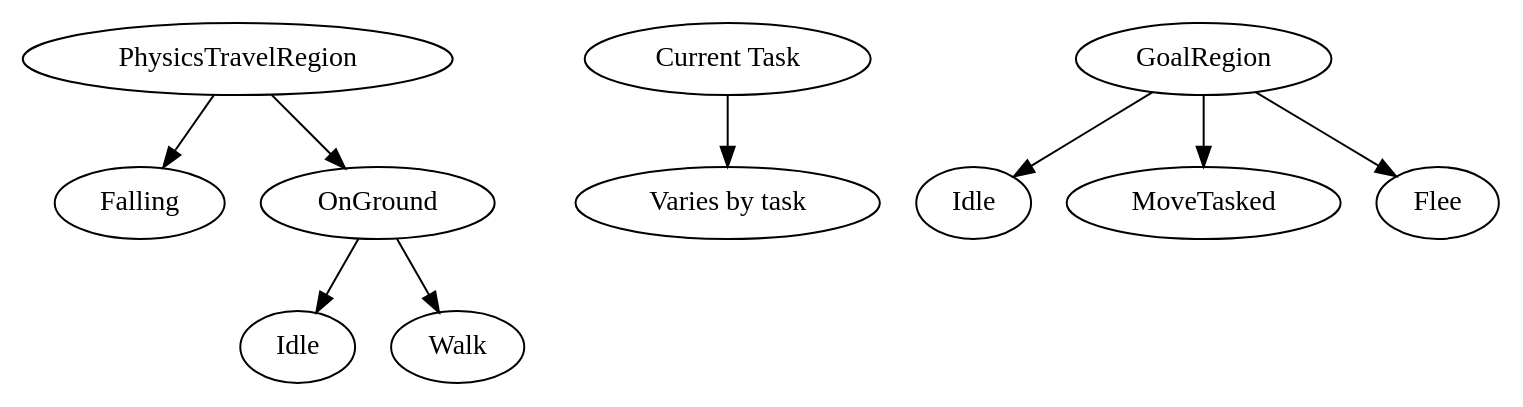
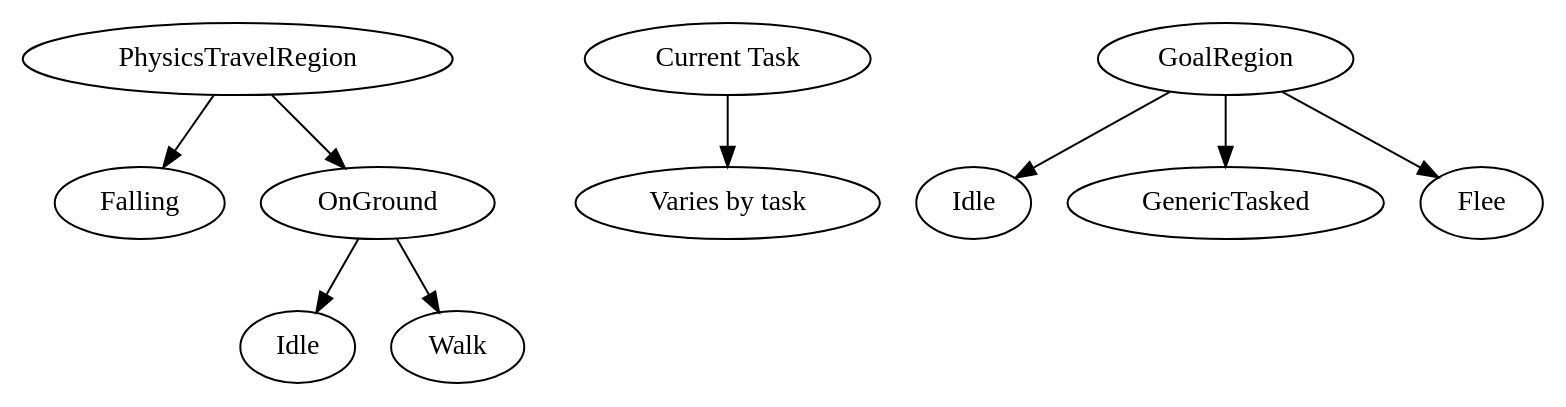
One commit to CluckeyMcCormick/fictional-guacamole changed the diagram in scripts/GraphViz/TCM.hierarchy.dot. Above: the diagram before and after it, drawn with Graphviz. The commit also changed 16 other files, not shown here.

```diff
--- a/scripts/GraphViz/TCM.hierarchy.dot
+++ b/scripts/GraphViz/TCM.hierarchy.dot
@@ -1,20 +1,20 @@
 // TCM - the Tasking Coward Machine
 // Hierarchy - Graphviz Dot
 // Directed Graph
 digraph G {
     
     PTR_IDLE [label="Idle"];
     
     PhysicsTravelRegion -> Falling;
     PhysicsTravelRegion -> OnGround;
     OnGround -> Walk;
     OnGround -> PTR_IDLE;
     
     "Current Task" -> "Varies by task";
     
     GR_IDLE [label="Idle"];
     
     GoalRegion -> GR_IDLE;
-    GoalRegion -> MoveTasked;
+    GoalRegion -> GenericTasked;
     GoalRegion -> Flee;
 }
```
